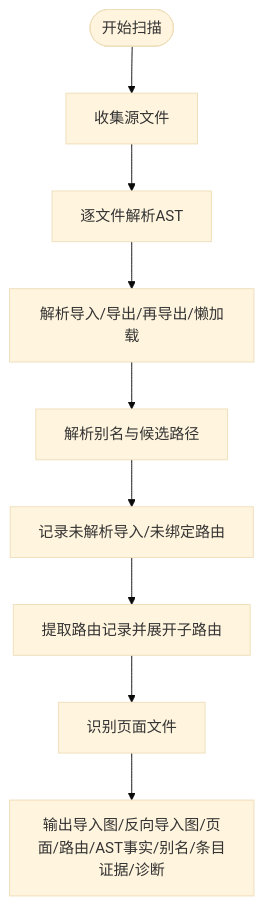
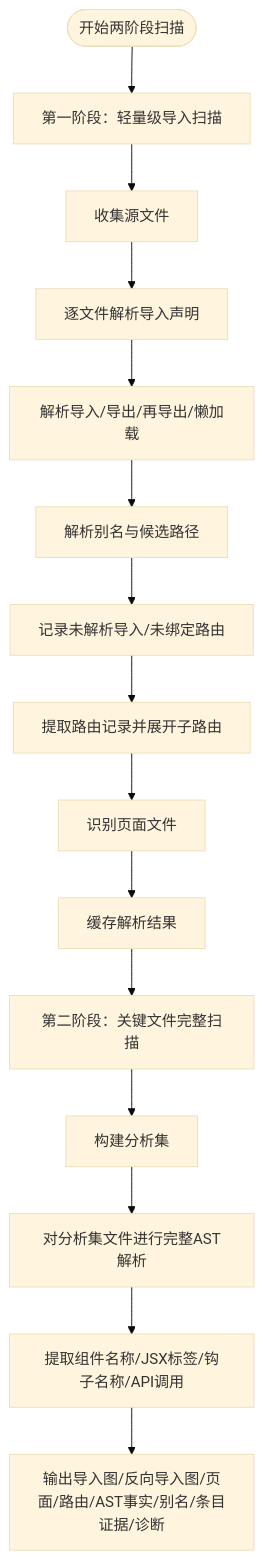
Before and after one commit to brand-new-remo/frontend-impact-analyzer: the fifth of 11 diagrams in .qoder/repowiki/zh/content/核心功能/核心功能.md, drawn with Mermaid (base theme). The commit also changed other lines of this file and 8 other files, not shown here.

````diff
--- a/.qoder/repowiki/zh/content/核心功能/核心功能.md
+++ b/.qoder/repowiki/zh/content/核心功能/核心功能.md
@@ -182,11 +244,17 @@
 ```mermaid
 flowchart TD
-S(["开始扫描"]) --> Collect["收集源文件"]
-Collect --> ParseEach["逐文件解析AST"]
+S(["开始两阶段扫描"]) --> Phase1["第一阶段：轻量级导入扫描"]
+Phase1 --> Collect["收集源文件"]
+Collect --> ParseEach["逐文件解析导入声明"]
 ParseEach --> Imports["解析导入/导出/再导出/懒加载"]
 Imports --> Resolve["解析别名与候选路径"]
 Resolve --> Diagnose["记录未解析导入/未绑定路由"]
 Diagnose --> Routes["提取路由记录并展开子路由"]
 Routes --> Pages["识别页面文件"]
-Pages --> Output["输出导入图/反向导入图/页面/路由/AST事实/别名/条目证据/诊断"]
+Pages --> Cache["缓存解析结果"]
+Cache --> Phase2["第二阶段：关键文件完整扫描"]
+Phase2 --> AnalysisSet["构建分析集"]
+AnalysisSet --> FullParse["对分析集文件进行完整AST解析"]
+FullParse --> Extract["提取组件名称/JSX标签/钩子名称/API调用"]
+Extract --> Output["输出导入图/反向导入图/页面/路由/AST事实/别名/条目证据/诊断"]
 ```
````
